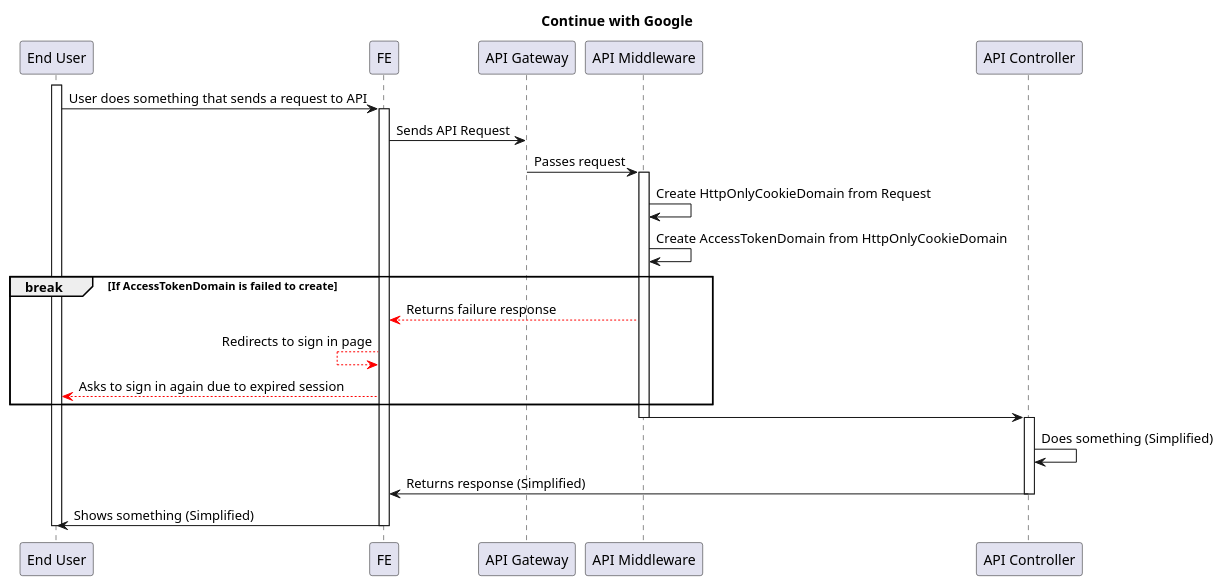
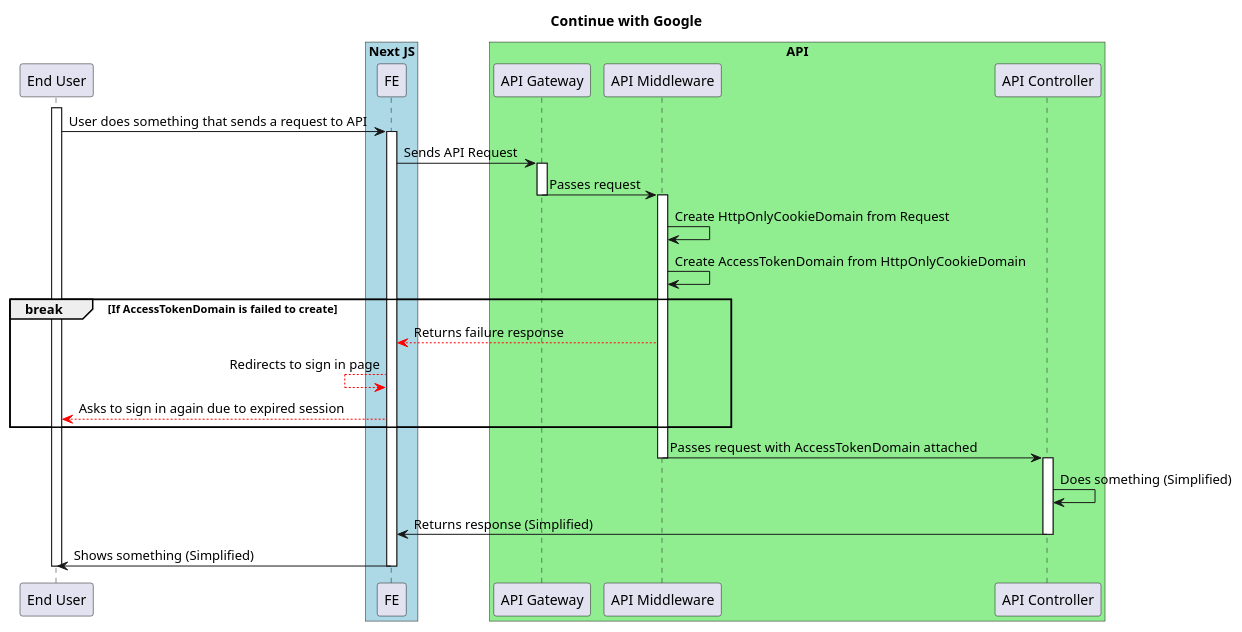
The diagram in auth/after-sign-in-auth-flow.md (ajktown/docs), drawn with PlantUML before and after one commit.

````diff
--- a/auth/after-sign-in-auth-flow.md
+++ b/auth/after-sign-in-auth-flow.md
@@ -14,38 +14,43 @@
 ```plantuml
 
 @startuml
 
 title Continue with Google
 
 participant "End User" as user
-participant "FE" as fe
-participant "API Gateway" as api
-participant "API Middleware" as mdl
-participant "API Controller" as ctl
-
+box "Next JS" #Lightblue
+  participant "FE" as fe
+box
+box "API" #Lightgreen
+  participant "API Gateway" as api
+  participant "API Middleware" as mdl
+  participant "API Controller" as ctl
+box
 activate user
   user -> fe: User does something that sends a request to API
   activate fe
     fe -> api: Sends API Request
-    api -> mdl: Passes request
+    activate api
+      api -> mdl: Passes request
+    deactivate api
     activate mdl
       mdl -> mdl: Create HttpOnlyCookieDomain from Request
       mdl -> mdl: Create AccessTokenDomain from HttpOnlyCookieDomain
       break If AccessTokenDomain is failed to create
         fe <[#red]-- mdl : Returns failure response
         fe <[#red]-- fe : Redirects to sign in page
         user <[#red]-- fe: Asks to sign in again due to expired session
       end break
-      mdl -> ctl
+      mdl -> ctl: Passes request with AccessTokenDomain attached
     deactivate mdl
     activate ctl
       ctl -> ctl: Does something (Simplified)
       fe <- ctl: Returns response (Simplified)
     deactivate ctl
     deactivate mdl
   user <- fe: Shows something (Simplified)
   deactivate fe
 deactivate user
 
 
 ```
````
